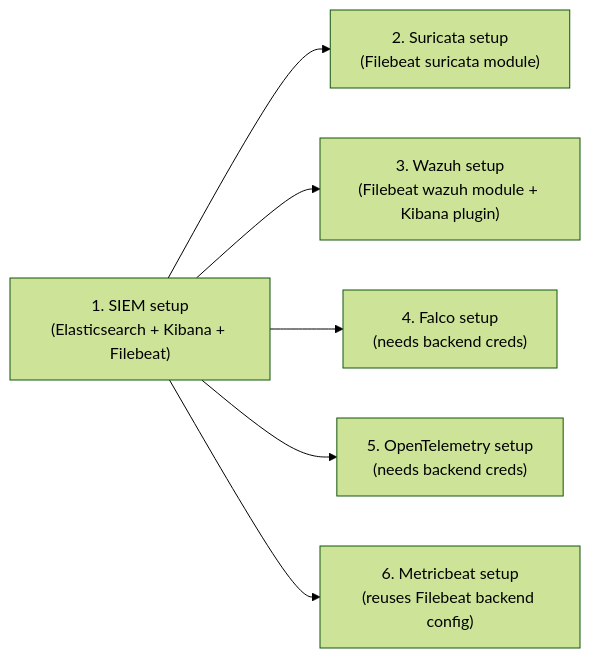
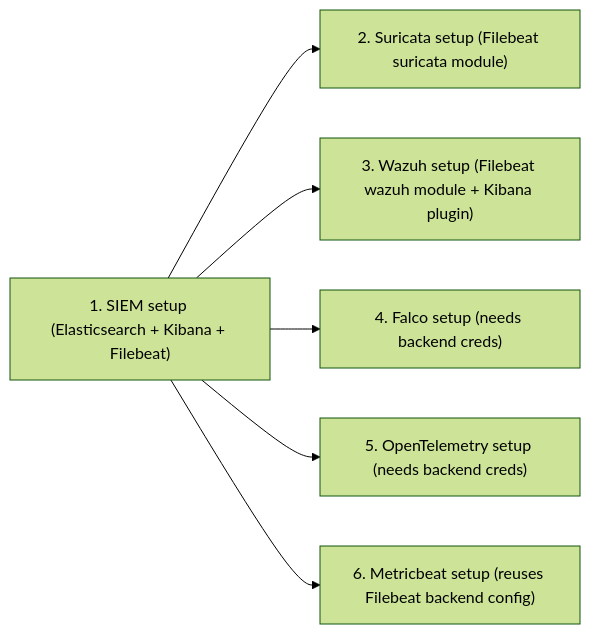
One commit to Ghazimabrouki/PFE-17-02-2026 changed the fifth of 6 diagrams in README.md. Above: the diagram before and after it, drawn with Mermaid (forest theme). The commit also changed other lines of this file, not shown here.

First line of the commit message:
Refactor mermaid diagrams for clarity

````diff
--- a/README.md
+++ b/README.md
@@ -251,8 +272,8 @@
 ```mermaid
 flowchart LR
-  A["1. SIEM setup\n(Elasticsearch + Kibana + Filebeat)"] --> B["2. Suricata setup\n(Filebeat suricata module)"]
-  A --> C["3. Wazuh setup\n(Filebeat wazuh module + Kibana plugin)"]
-  A --> D["4. Falco setup\n(needs backend creds)"]
-  A --> E["5. OpenTelemetry setup\n(needs backend creds)"]
-  A --> F["6. Metricbeat setup\n(reuses Filebeat backend config)"]
+  A["1. SIEM setup (Elasticsearch + Kibana + Filebeat)"] --> B["2. Suricata setup (Filebeat suricata module)"]
+  A --> C["3. Wazuh setup (Filebeat wazuh module + Kibana plugin)"]
+  A --> D["4. Falco setup (needs backend creds)"]
+  A --> E["5. OpenTelemetry setup (needs backend creds)"]
+  A --> F["6. Metricbeat setup (reuses Filebeat backend config)"]
 ```
````
